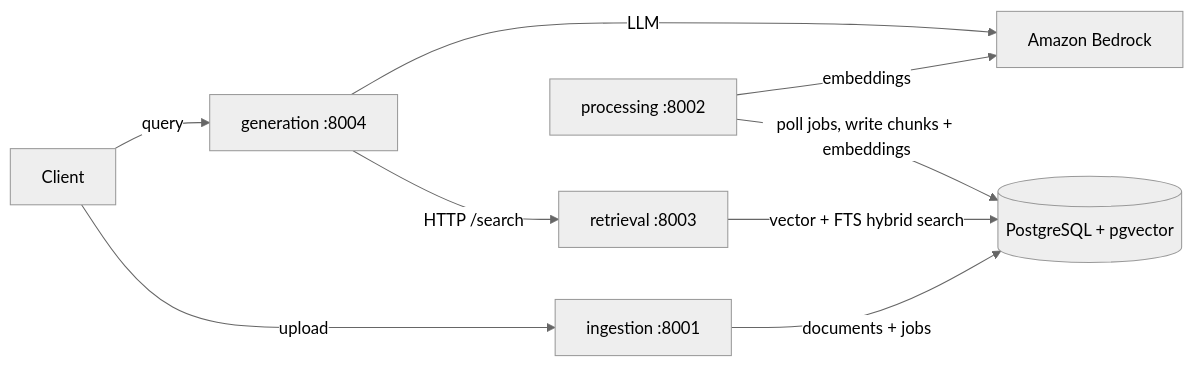
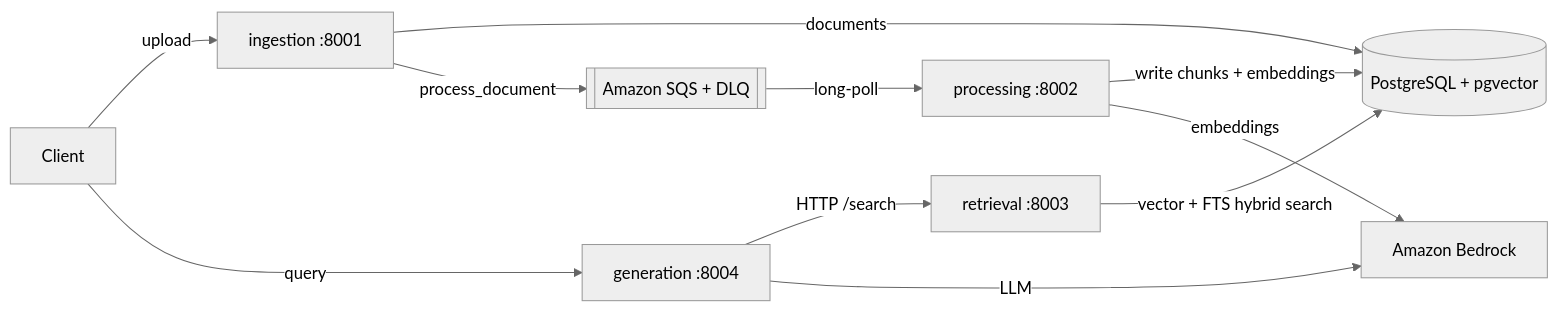
The diagram in README.md (Magesh-Sundaravel/rag-platform), drawn with Mermaid (neutral theme) before and after one commit. The commit also changed 32 other files, not shown here.

````diff
--- a/README.md
+++ b/README.md
@@ -8,11 +8,13 @@
 ```mermaid
 flowchart LR
     Client -->|upload| ING[ingestion :8001]
     Client -->|query| GEN[generation :8004]
-    ING -->|documents + jobs| PG[(PostgreSQL + pgvector)]
-    PROC[processing :8002] -->|poll jobs, write chunks + embeddings| PG
+    ING -->|documents| PG[(PostgreSQL + pgvector)]
+    ING -->|process_document| SQS[[Amazon SQS + DLQ]]
+    SQS -->|long-poll| PROC[processing :8002]
+    PROC -->|write chunks + embeddings| PG
     RET[retrieval :8003] -->|vector + FTS hybrid search| PG
     GEN -->|HTTP /search| RET
     GEN -->|LLM| BEDROCK[Amazon Bedrock]
     PROC -->|embeddings| BEDROCK
 ```
````
